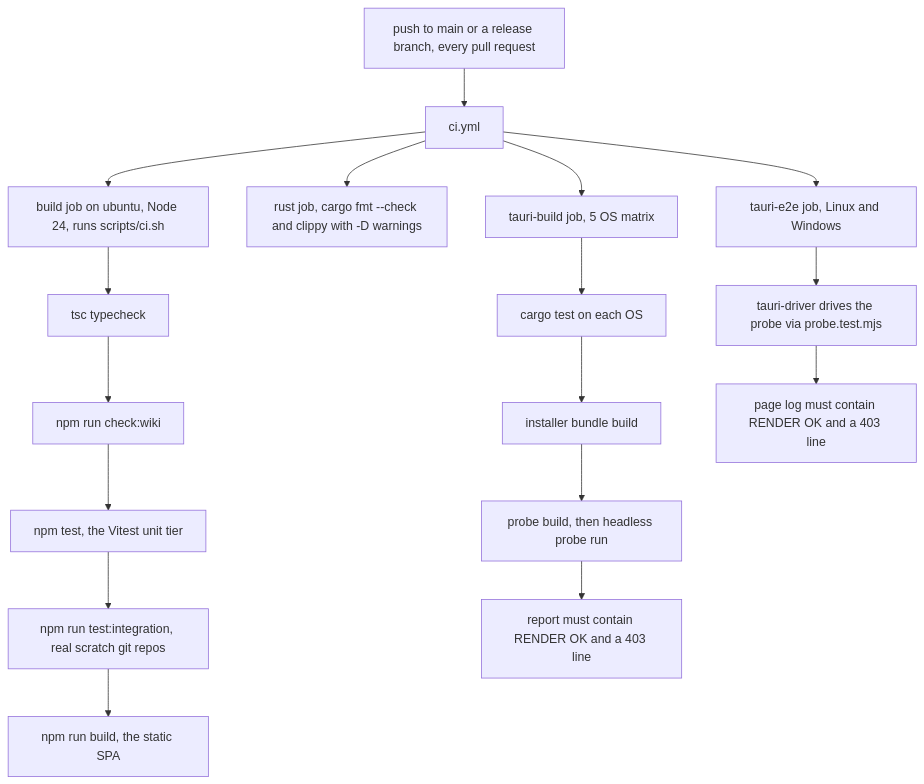
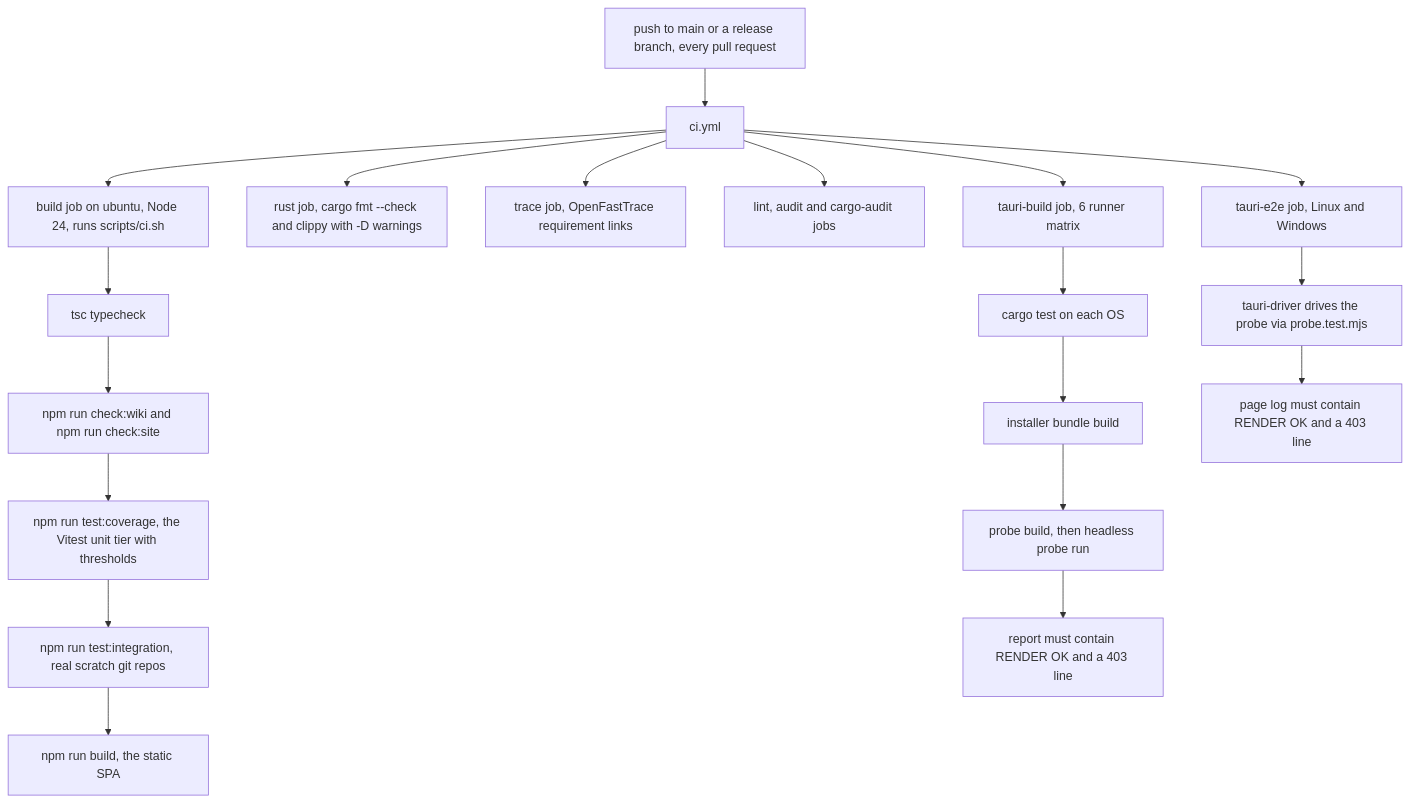
One commit to Gram21/SaiLoR changed the first of 2 diagrams in openwiki/testing.md. Above: the diagram before and after it, drawn with Mermaid. The commit also changed other lines of this file and 41 other files, not shown here.

Commit message:
docs: refresh openwiki pages and add graph, progressive loading and demo pages

````diff
--- a/openwiki/testing.md
+++ b/openwiki/testing.md
@@ -121,19 +124,21 @@
 ```mermaid
 flowchart TD
     PR["push to main or a release branch, every pull request"] --> CI["ci.yml"]
     CI --> BUILD["build job on ubuntu, Node 24, runs scripts/ci.sh"]
     BUILD --> TS["tsc typecheck"]
-    TS --> WIKI["npm run check:wiki"]
-    WIKI --> UNIT["npm test, the Vitest unit tier"]
+    TS --> WIKI["npm run check:wiki and npm run check:site"]
+    WIKI --> UNIT["npm run test:coverage, the Vitest unit tier with thresholds"]
     UNIT --> INT["npm run test:integration, real scratch git repos"]
     INT --> SPA["npm run build, the static SPA"]
     CI --> RUST["rust job, cargo fmt --check and clippy with -D warnings"]
-    CI --> TB["tauri-build job, 5 OS matrix"]
+    CI --> TRACE["trace job, OpenFastTrace requirement links"]
+    CI --> AUDIT["lint, audit and cargo-audit jobs"]
+    CI --> TB["tauri-build job, 6 runner matrix"]
     TB --> CTEST["cargo test on each OS"]
     CTEST --> BUNDLE["installer bundle build"]
     BUNDLE --> PRB["probe build, then headless probe run"]
     PRB --> OK1["report must contain RENDER OK and a 403 line"]
     CI --> E2E["tauri-e2e job, Linux and Windows"]
     E2E --> DRV["tauri-driver drives the probe via probe.test.mjs"]
     DRV --> OK2["page log must contain RENDER OK and a 403 line"]
 ```
````
